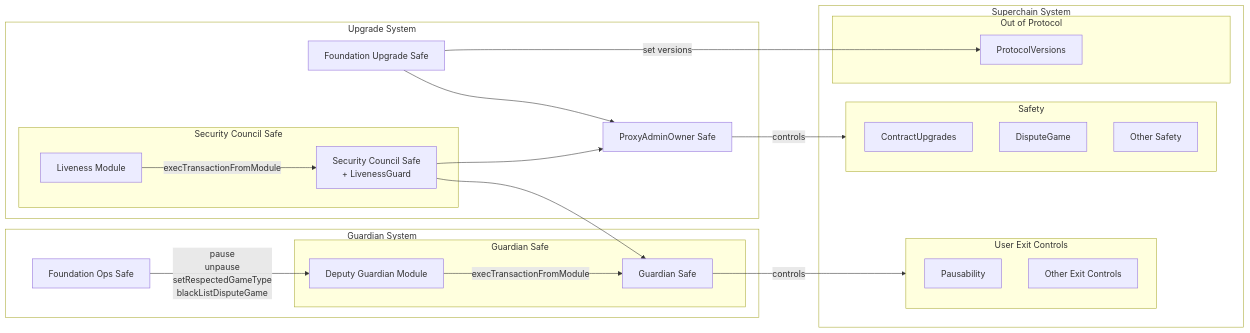
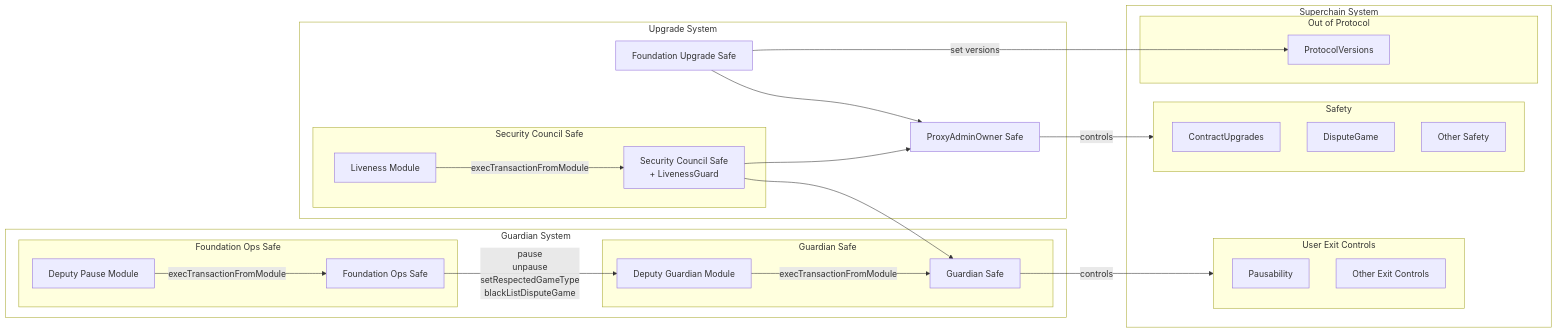
One commit to ethereum-optimism/specs changed the diagram in specs/protocol/stage-1.md. Above: the diagram before and after it, drawn with Mermaid. The commit also changed other lines of this file and 2 other files, not shown here.

Commit message:
feat: updated DeputyPauseModule specification
Updates the DeputyPauseModule specification to utilize a clearer
standardized format for invariants and assumptions.

````diff
--- a/specs/protocol/stage-1.md
+++ b/specs/protocol/stage-1.md
@@ -98,48 +99,52 @@
 ```mermaid
 flowchart LR
    subgraph SuperchainSystem[Superchain System]
       subgraph Exit[User Exit Controls]
          Pausability
          OtherExit[Other Exit Controls]
       end
       subgraph Safety
          ContractUpgrades
          DisputeGame
          OtherSafety[Other Safety]
       end
       subgraph NonProtocol[Out of Protocol]
          PV[ProtocolVersions]
       end
    end
 
    subgraph UpgradeSystem[Upgrade System]
       FndUp[Foundation Upgrade Safe]
       POA[ProxyAdminOwner Safe]
       subgraph Security Council Safe
          Council[Security Council Safe\n+ LivenessGuard]
          LM[Liveness Module]
       end
    end
 
    subgraph GuardianSystem[Guardian System]
-      FndOps[Foundation Ops Safe]
       subgraph GuardianSafe[Guardian Safe]
          GS[Guardian Safe]
          DGM[Deputy Guardian Module]
+      end
+      subgraph FndOpsSafe[Foundation Ops Safe]
+         FndOps[Foundation Ops Safe]
+         DPM[Deputy Pause Module]
       end
    end
 
     POA -->|controls| Safety
     FndUp --> POA
     Council --> POA
     Council --> GS
     FndOps -->|pause\nunpause\nsetRespectedGameType\nblackListDisputeGame| DGM
+    DPM -->|execTransactionFromModule| FndOps
     FndUp -->|set versions|PV
     LM -->|execTransactionFromModule| Council
     DGM -->|execTransactionFromModule| GS
     GS -->|controls| Exit
 
    %% Declare a class to make the outer boxes somewhat transparent to provide some contrast
    classDef outer fill:#ffffff44
    class SuperchainSystem,GuardianSystem,UpgradeSystem outer
 ```
````
